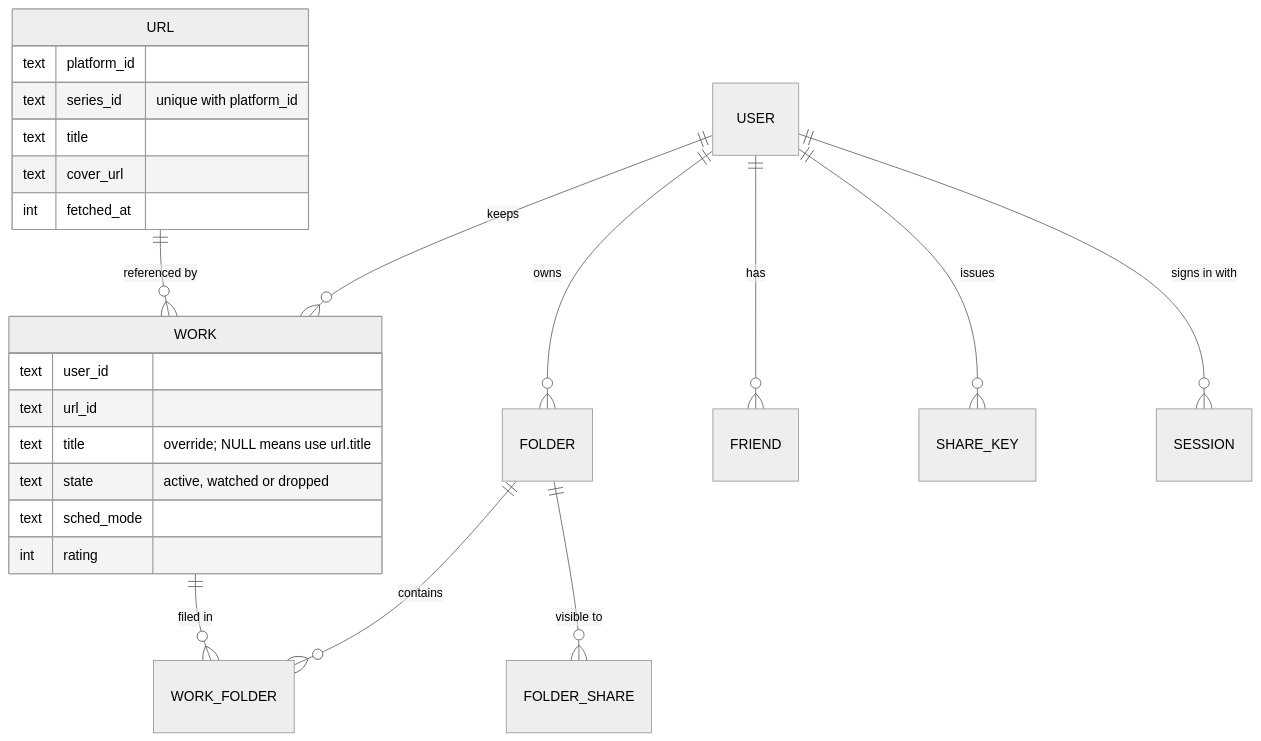
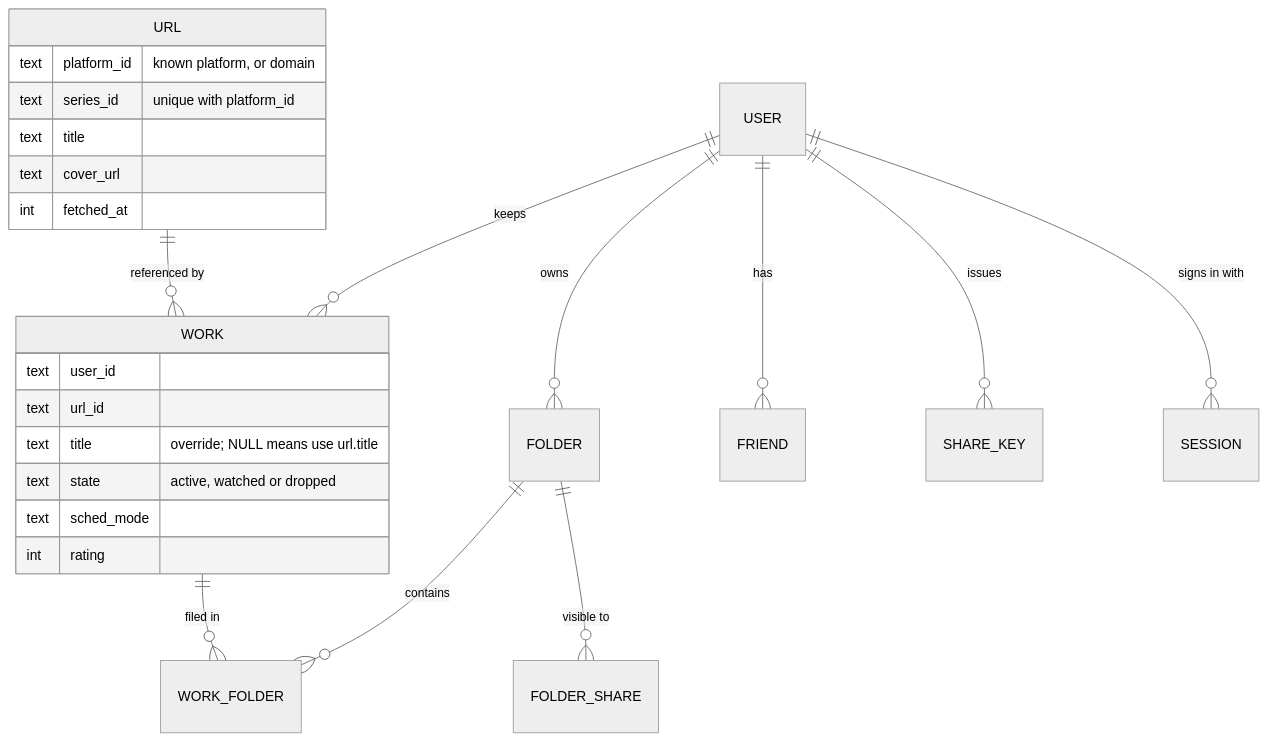
Before and after one commit to agii990114-ctrl/habhobby: the second of 2 diagrams in README.md, drawn with Mermaid (neutral theme). The commit also changed other lines of this file, not shown here.

````diff
--- a/README.md
+++ b/README.md
@@ -151,28 +179,28 @@
 ```mermaid
 erDiagram
   USER ||--o{ WORK : keeps
   URL  ||--o{ WORK : "referenced by"
   USER ||--o{ FOLDER : owns
   FOLDER ||--o{ WORK_FOLDER : contains
   WORK ||--o{ WORK_FOLDER : "filed in"
   FOLDER ||--o{ FOLDER_SHARE : "visible to"
   USER ||--o{ FRIEND : has
   USER ||--o{ SHARE_KEY : issues
   USER ||--o{ SESSION : "signs in with"
 
   URL {
-    text platform_id
+    text platform_id "known platform, or domain"
     text series_id "unique with platform_id"
     text title
     text cover_url
     int  fetched_at
   }
   WORK {
     text user_id
     text url_id
     text title "override; NULL means use url.title"
     text state "active, watched or dropped"
     text sched_mode
     int  rating
   }
 ```
````
